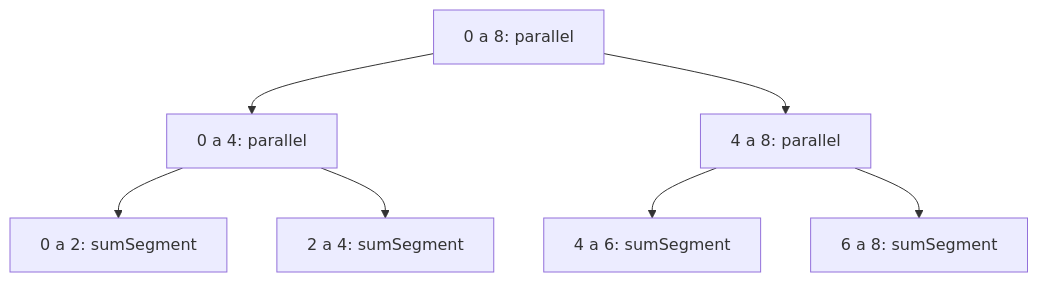
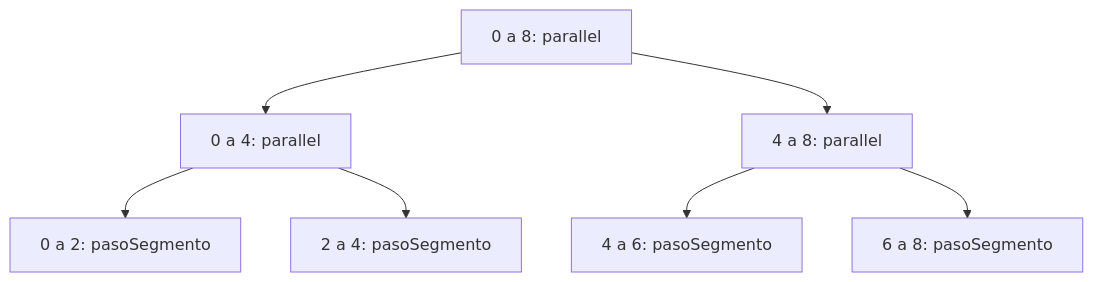
The diagram in docs/paralelizacion.md (IRenly/pfc-taller-4-simulacion-particulas), drawn with Mermaid before and after one commit. The commit also changed other lines of this file and 3 other files, not shown here.

````diff
--- a/docs/paralelizacion.md
+++ b/docs/paralelizacion.md
@@ -69,9 +41,9 @@
 ```mermaid
 graph TD
     A["0 a 8: parallel"] --> B["0 a 4: parallel"]
     A --> C["4 a 8: parallel"]
-    B --> D["0 a 2: sumSegment"]
-    B --> E["2 a 4: sumSegment"]
-    C --> F["4 a 6: sumSegment"]
-    C --> G["6 a 8: sumSegment"]
+    B --> D["0 a 2: pasoSegmento"]
+    B --> E["2 a 4: pasoSegmento"]
+    C --> F["4 a 6: pasoSegmento"]
+    C --> G["6 a 8: pasoSegmento"]
 ```
````
